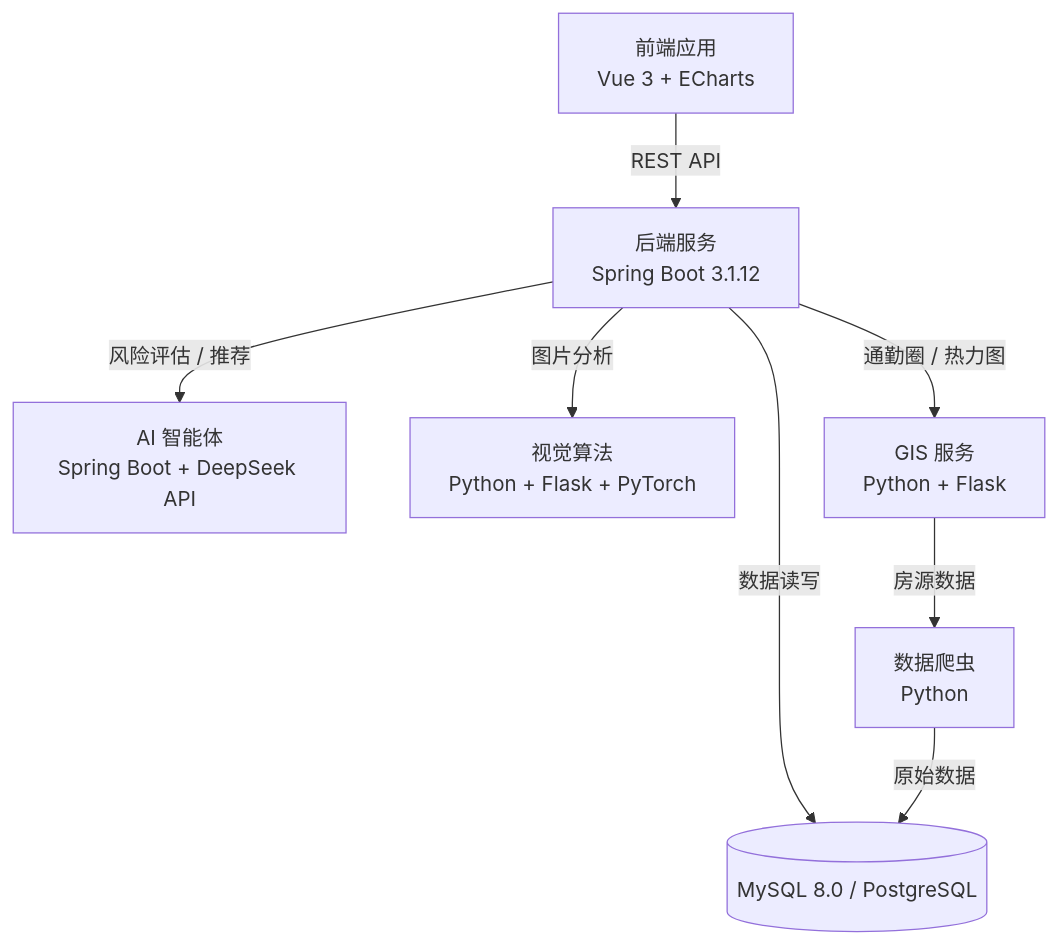
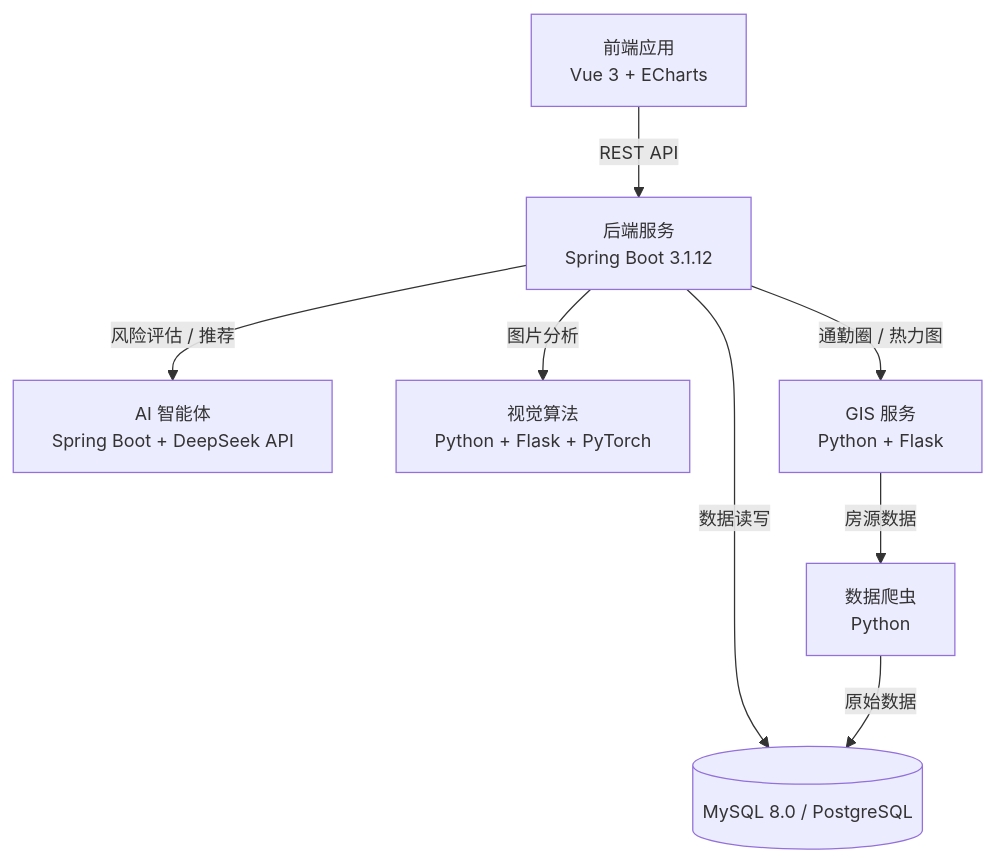
Before and after one commit to yyj138/anju-luopan: the first of 2 diagrams in README.md, drawn with Mermaid.

Commit message:
调整系统架构图字体大小与正文一致

````diff
--- a/README.md
+++ b/README.md
@@ -29,18 +29,19 @@
 ```mermaid
+%%{init: {"themeVariables": {"fontSize": "14px"}}}%%
 graph TD
     FE[前端应用<br/>Vue 3 + ECharts]
     BE[后端服务<br/>Spring Boot 3.1.12]
     DB[(MySQL 8.0 / PostgreSQL)]
     AI[AI 智能体<br/>Spring Boot + DeepSeek API]
     VS[视觉算法<br/>Python + Flask + PyTorch]
     GS[GIS 服务<br/>Python + Flask]
     CR[数据爬虫<br/>Python]
 
     FE -->|REST API| BE
     BE -->|数据读写| DB
     BE -->|风险评估 / 推荐| AI
     BE -->|图片分析| VS
     BE -->|通勤圈 / 热力图| GS
     GS -->|房源数据| CR
     CR -->|原始数据| DB
 ```
````
